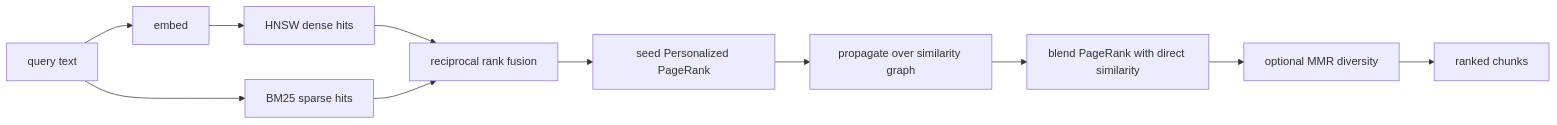
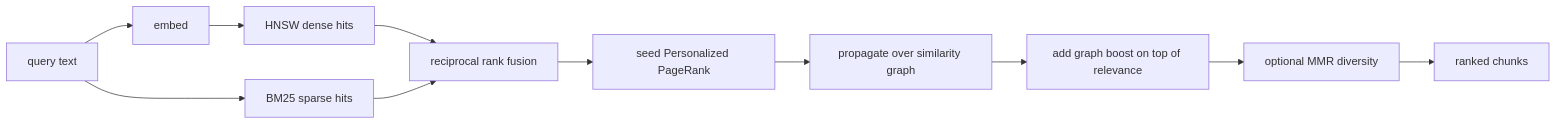
Before and after one commit to Gaurav-Gosain/turbograph: the second of 3 diagrams in README.md, drawn with Mermaid. The commit also changed other lines of this file and 11 other files, not shown here.

````diff
--- a/README.md
+++ b/README.md
@@ -92,13 +92,13 @@
 ```mermaid
 flowchart LR
   Q[query text] --> E[embed]
   E --> D[HNSW dense hits]
   Q --> S[BM25 sparse hits]
   D --> F[reciprocal rank fusion]
   S --> F
   F --> SEED[seed Personalized PageRank]
   SEED --> PR[propagate over similarity graph]
-  PR --> BL[blend PageRank with direct similarity]
+  PR --> BL[add graph boost on top of relevance]
   BL --> M[optional MMR diversity]
   M --> R[ranked chunks]
 ```
````
